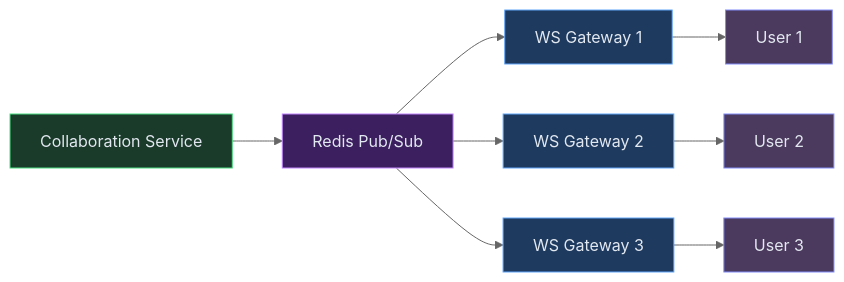
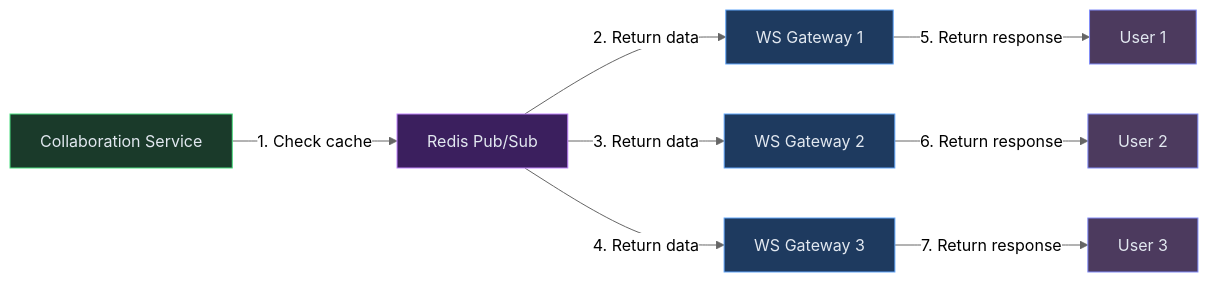
Before and after one commit to iluzn/HLD-Designs: the ninth of 11 diagrams in content/hld/GoogleDocs.md, drawn with Mermaid (neutral theme). The commit also changed other lines of this file and 27 other files, not shown here.

````diff
--- a/content/hld/GoogleDocs.md
+++ b/content/hld/GoogleDocs.md
@@ -516,24 +516,24 @@
 ```mermaid
 flowchart LR
     CS["Collaboration Service"]:::service
     RPS["Redis Pub/Sub"]:::async
     WSG1["WS Gateway 1"]:::edge
     WSG2["WS Gateway 2"]:::edge
     WSG3["WS Gateway 3"]:::edge
     U1["User 1"]:::client
     U2["User 2"]:::client
     U3["User 3"]:::client
 
-    CS --> RPS
-    RPS --> WSG1
-    RPS --> WSG2
-    RPS --> WSG3
-    WSG1 --> U1
-    WSG2 --> U2
-    WSG3 --> U3
+    CS -->|"1. Check cache"| RPS
+    RPS -->|"2. Return data"| WSG1
+    RPS -->|"3. Return data"| WSG2
+    RPS -->|"4. Return data"| WSG3
+    WSG1 -->|"5. Return response"| U1
+    WSG2 -->|"6. Return response"| U2
+    WSG3 -->|"7. Return response"| U3
 
     classDef client fill:#4c3a5e,stroke:#818cf8,color:#e2e8f0
     classDef edge fill:#1e3a5f,stroke:#60a5fa,color:#e2e8f0
     classDef service fill:#1a3a2a,stroke:#4ade80,color:#e2e8f0
     classDef async fill:#3b1f5e,stroke:#c084fc,color:#e2e8f0
 ```
````
